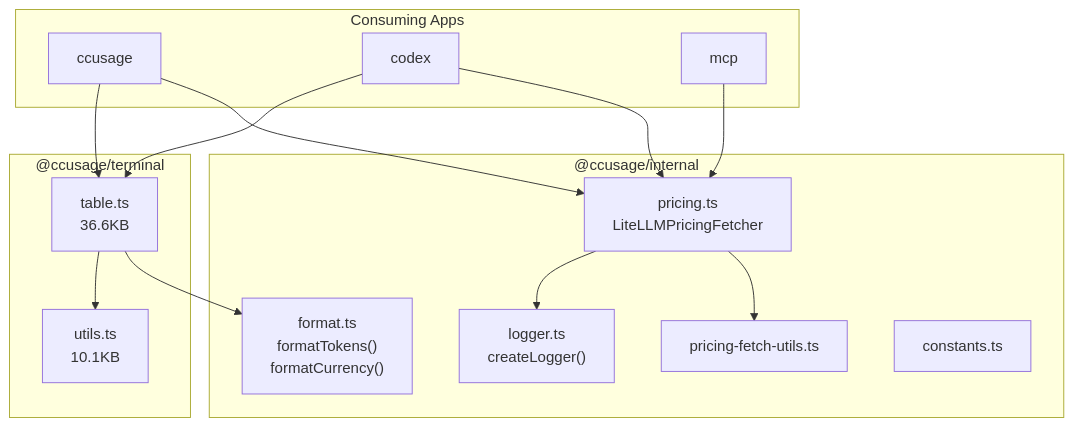
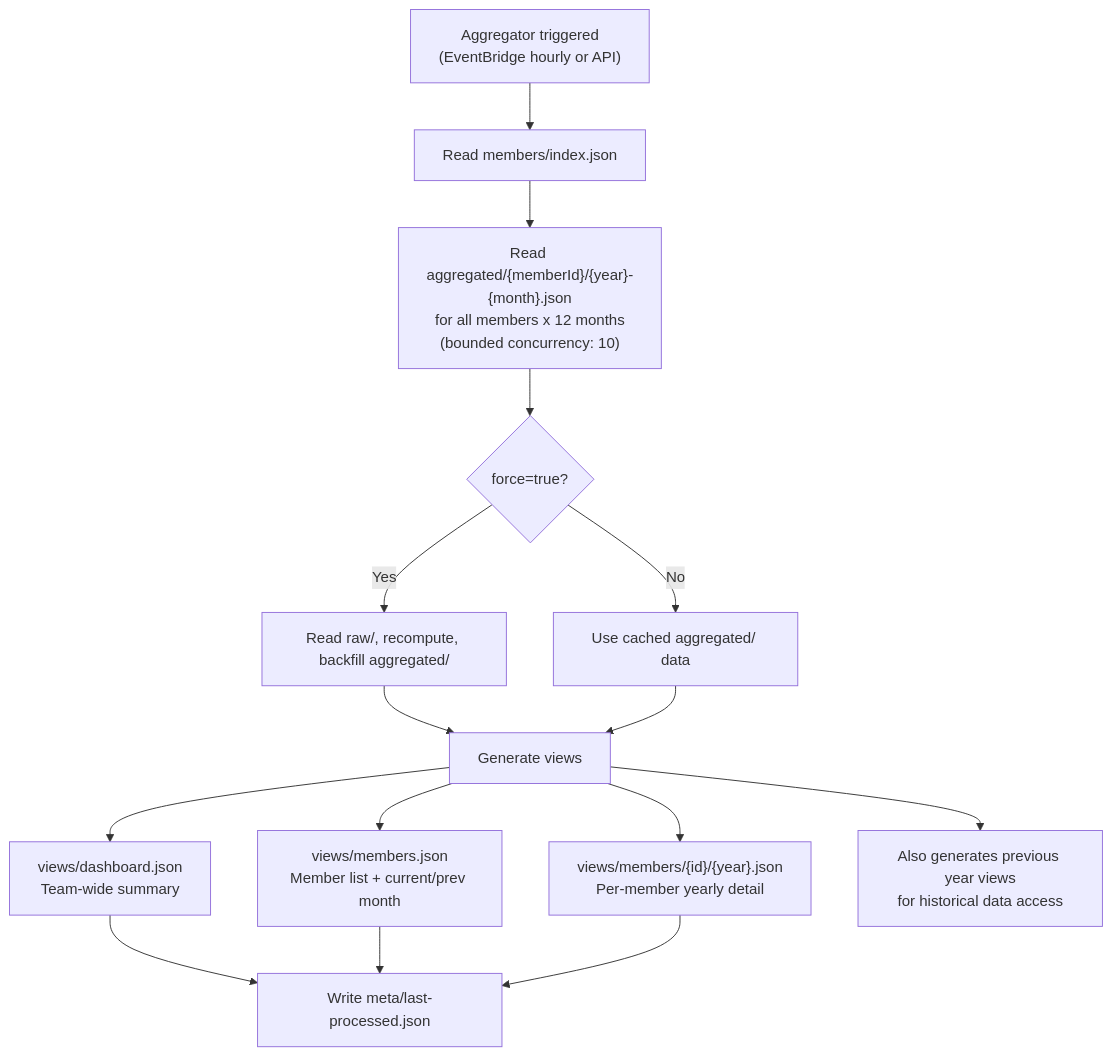
One commit to nathanp1112/ccusage-monitor changed the seventh of 17 diagrams in docs/architecture.md. Above: the diagram before and after it, drawn with Mermaid. The commit also changed other lines of this file and 77 other files, not shown here.

````diff
--- a/docs/architecture.md
+++ b/docs/architecture.md
@@ -139,32 +368,22 @@
 ```mermaid
-graph TB
-    subgraph "@ccusage/internal"
-        PRICING_MOD["pricing.ts<br/>LiteLLMPricingFetcher"]
-        PRICING_UTILS["pricing-fetch-utils.ts"]
-        LOGGER_MOD["logger.ts<br/>createLogger()"]
-        FORMAT_MOD["format.ts<br/>formatTokens()<br/>formatCurrency()"]
-        CONSTANTS["constants.ts"]
-    end
+flowchart TD
+    START["Aggregator triggered<br/>(EventBridge hourly or API)"] --> READ_REGISTRY["Read members/index.json"]
+    READ_REGISTRY --> READ_AGG["Read aggregated/{memberId}/{year}-{month}.json<br/>for all members x 12 months<br/>(bounded concurrency: 10)"]
 
-    subgraph "@ccusage/terminal"
-        TABLE_MOD["table.ts<br/>36.6KB"]
-        TERM_UTILS["utils.ts<br/>10.1KB"]
-    end
+    READ_AGG --> CHECK_FORCE{force=true?}
 
-    subgraph "Consuming Apps"
-        APP_CC["ccusage"]
-        APP_CDX["codex"]
-        APP_MCP["mcp"]
-    end
+    CHECK_FORCE -->|Yes| READ_RAW["Read raw/, recompute, backfill aggregated/"]
+    CHECK_FORCE -->|No| USE_CACHED["Use cached aggregated/ data"]
 
-    APP_CC --> PRICING_MOD
-    APP_CC --> TABLE_MOD
-    APP_CDX --> PRICING_MOD
-    APP_CDX --> TABLE_MOD
-    APP_MCP --> PRICING_MOD
+    READ_RAW --> GENERATE
+    USE_CACHED --> GENERATE
 
-    PRICING_MOD --> PRICING_UTILS
-    PRICING_MOD --> LOGGER_MOD
-    TABLE_MOD --> FORMAT_MOD
-    TABLE_MOD --> TERM_UTILS
+    GENERATE["Generate views"] --> V1["views/dashboard.json<br/>Team-wide summary"]
+    GENERATE --> V2["views/members.json<br/>Member list + current/prev month"]
+    GENERATE --> V3["views/members/{id}/{year}.json<br/>Per-member yearly detail"]
+    GENERATE --> V4["Also generates previous year views<br/>for historical data access"]
+
+    V1 --> META["Write meta/last-processed.json"]
+    V2 --> META
+    V3 --> META
 ```
````
